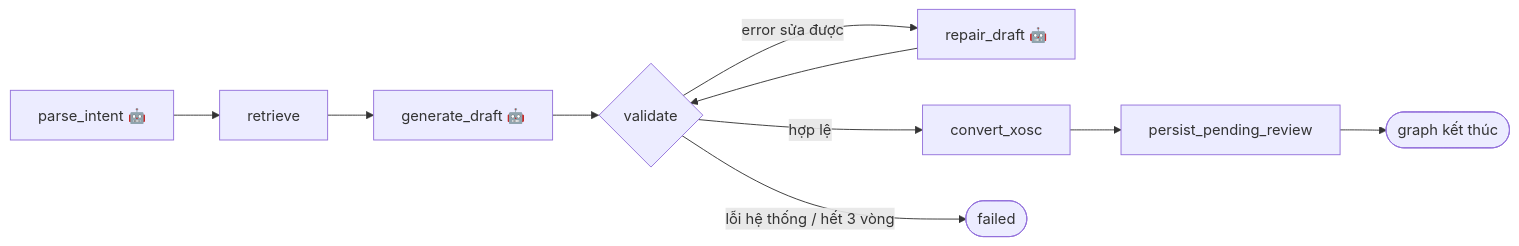
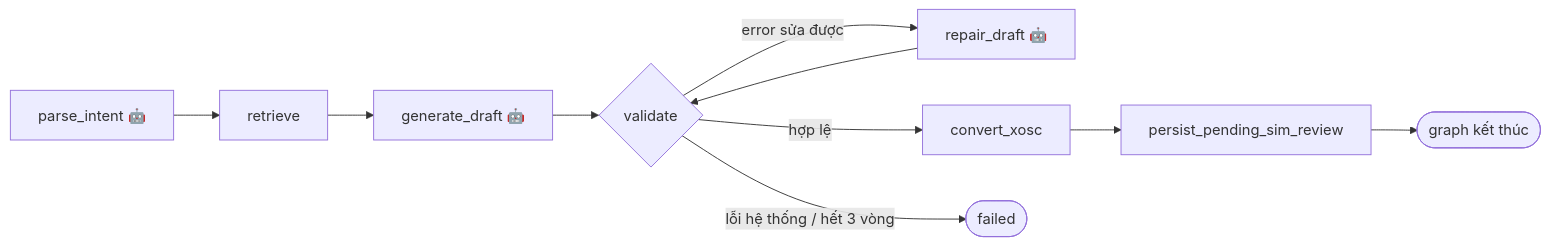
The second of 3 diagrams in ARCHITECTURE.md (Menakanchi/nextjs-boilerplate), drawn with Mermaid before and after one commit. The commit also changed other lines of this file and 34 other files, not shown here.

````diff
--- a/ARCHITECTURE.md
+++ b/ARCHITECTURE.md
@@ -49,12 +49,12 @@
 ```mermaid
 graph LR
     A[parse_intent 🤖] --> B[retrieve]
     B --> C[generate_draft 🤖]
     C --> D{validate}
     D -->|error sửa được| E[repair_draft 🤖]
     E --> D
     D -->|hợp lệ| F[convert_xosc]
     D -->|lỗi hệ thống / hết 3 vòng| X([failed])
-    F --> G[persist_pending_review]
+    F --> G[persist_pending_sim_review]
     G --> H([graph kết thúc])
 ```
````
